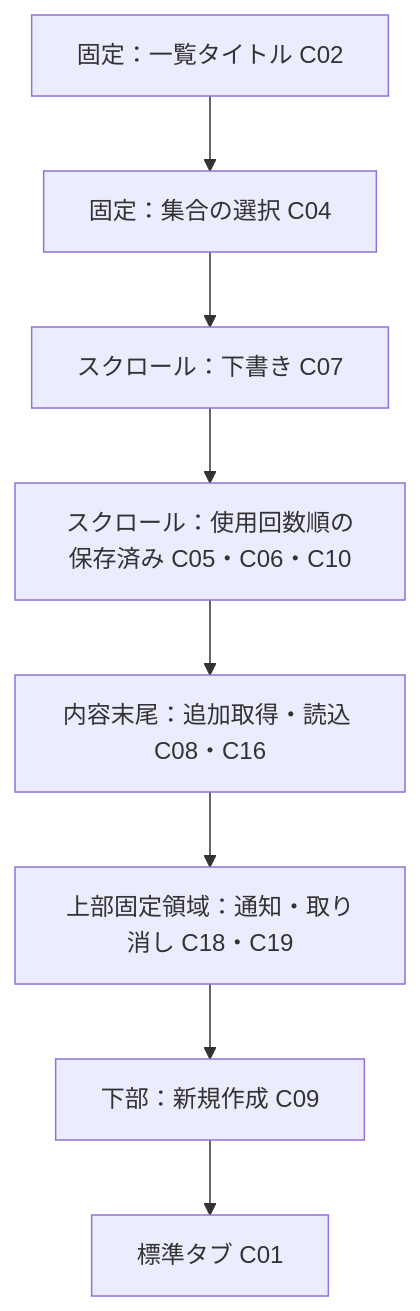
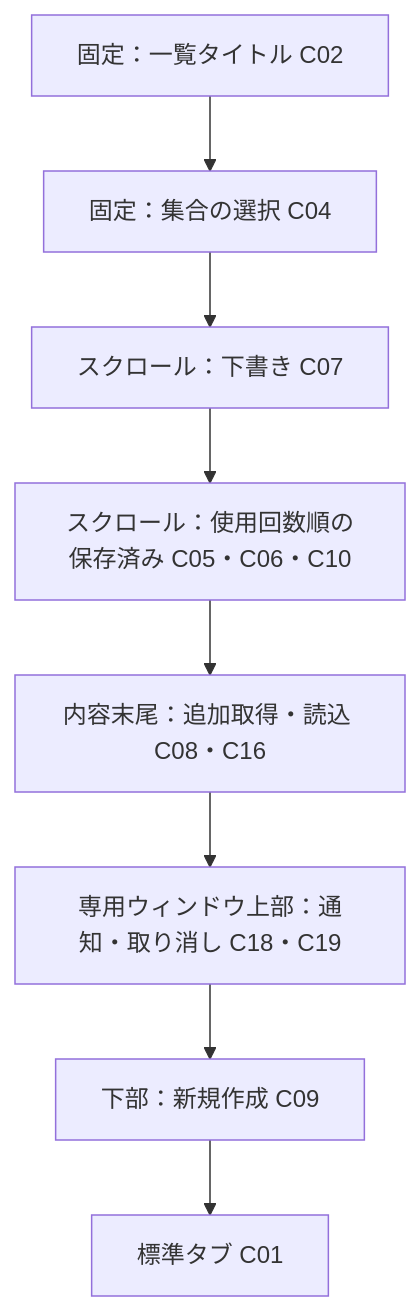
Before and after one commit to 9uiLe/nibble: the second of 4 diagrams in docs/design/screens.md, drawn with Mermaid. The commit also changed other lines of this file and 17 other files, not shown here.

````diff
--- a/docs/design/screens.md
+++ b/docs/design/screens.md
@@ -35,10 +35,10 @@
 ```mermaid
 flowchart TB
     H[固定：一覧タイトル C02] --> F[固定：集合の選択 C04]
     F --> D[スクロール：下書き C07]
     D --> O[スクロール：使用回数順の保存済み C05・C06・C10]
     O --> M[内容末尾：追加取得・読込 C08・C16]
-    M --> N[上部固定領域：通知・取り消し C18・C19]
+    M --> N[専用ウィンドウ上部：通知・取り消し C18・C19]
     N --> C[下部：新規作成 C09]
     C --> T[標準タブ C01]
 ```
````
